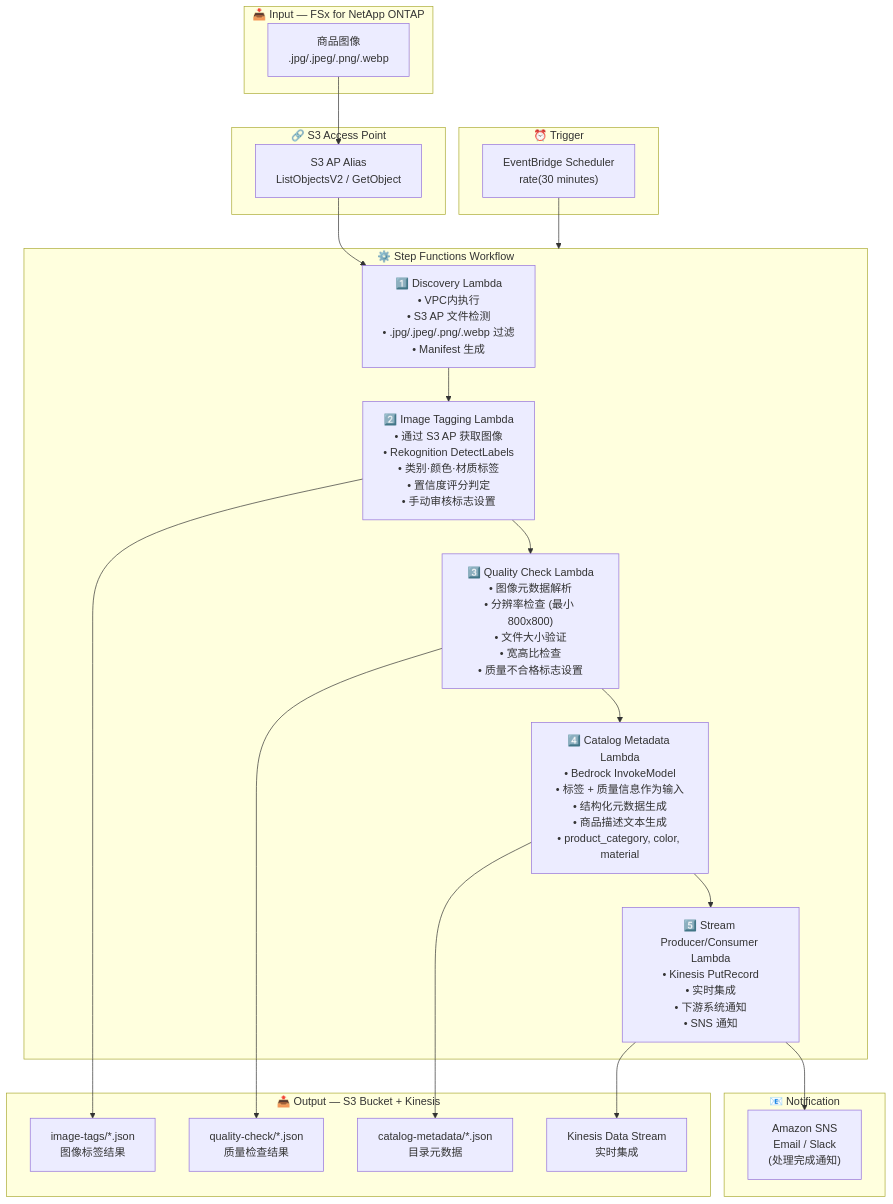
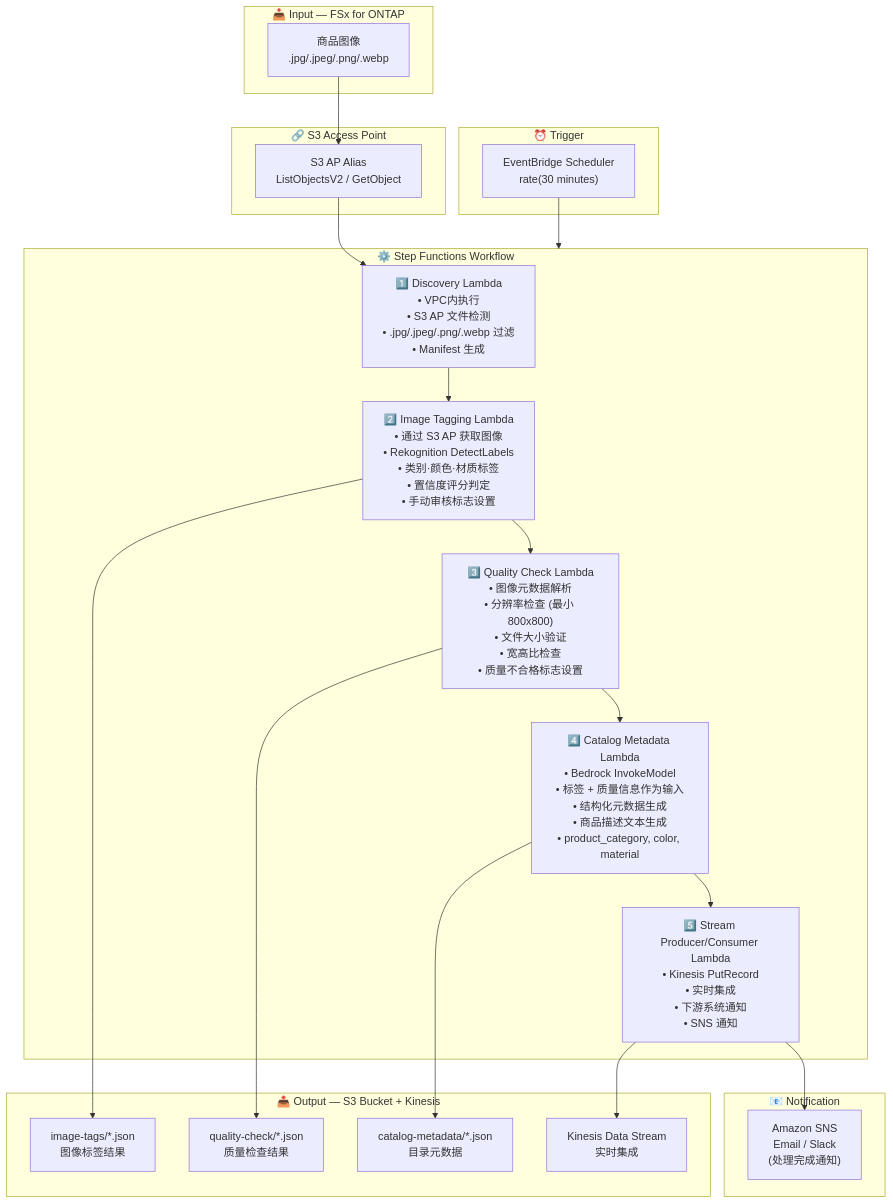
One commit to Yoshiki0705/FSx-for-ONTAP-S3AccessPoints-Serverless-Patterns changed the diagram in retail-catalog/docs/architecture.zh-CN.md. Above: the diagram before and after it, drawn with Mermaid. The commit also changed other lines of this file and 597 other files, not shown here.

````diff
--- a/retail-catalog/docs/architecture.zh-CN.md
+++ b/retail-catalog/docs/architecture.zh-CN.md
@@ -13,46 +13,46 @@
 ```mermaid
 flowchart TB
-    subgraph INPUT["📥 Input — FSx for NetApp ONTAP"]
+    subgraph INPUT["📥 Input — FSx for ONTAP"]
         DATA["商品图像<br/>.jpg/.jpeg/.png/.webp"]
     end
 
     subgraph S3AP["🔗 S3 Access Point"]
         ALIAS["S3 AP Alias<br/>ListObjectsV2 / GetObject"]
     end
 
     subgraph TRIGGER["⏰ Trigger"]
         EB["EventBridge Scheduler<br/>rate(30 minutes)"]
     end
 
     subgraph SFN["⚙️ Step Functions Workflow"]
         DISC["1️⃣ Discovery Lambda<br/>• VPC内执行<br/>• S3 AP 文件检测<br/>• .jpg/.jpeg/.png/.webp 过滤<br/>• Manifest 生成"]
         IT["2️⃣ Image Tagging Lambda<br/>• 通过 S3 AP 获取图像<br/>• Rekognition DetectLabels<br/>• 类别·颜色·材质标签<br/>• 置信度评分判定<br/>• 手动审核标志设置"]
         QC["3️⃣ Quality Check Lambda<br/>• 图像元数据解析<br/>• 分辨率检查 (最小 800x800)<br/>• 文件大小验证<br/>• 宽高比检查<br/>• 质量不合格标志设置"]
         CM["4️⃣ Catalog Metadata Lambda<br/>• Bedrock InvokeModel<br/>• 标签 + 质量信息作为输入<br/>• 结构化元数据生成<br/>• 商品描述文本生成<br/>• product_category, color, material"]
         SP["5️⃣ Stream Producer/Consumer Lambda<br/>• Kinesis PutRecord<br/>• 实时集成<br/>• 下游系统通知<br/>• SNS 通知"]
     end
 
     subgraph OUTPUT["📤 Output — S3 Bucket + Kinesis"]
         TAGOUT["image-tags/*.json<br/>图像标签结果"]
         QCOUT["quality-check/*.json<br/>质量检查结果"]
         CATOUT["catalog-metadata/*.json<br/>目录元数据"]
         KINESIS["Kinesis Data Stream<br/>实时集成"]
     end
 
     subgraph NOTIFY["📧 Notification"]
         SNS["Amazon SNS<br/>Email / Slack<br/>(处理完成通知)"]
     end
 
     DATA --> ALIAS
     ALIAS --> DISC
     EB --> SFN
     DISC --> IT
     IT --> QC
     QC --> CM
     CM --> SP
     IT --> TAGOUT
     QC --> QCOUT
     CM --> CATOUT
     SP --> KINESIS
     SP --> SNS
 ```
````
